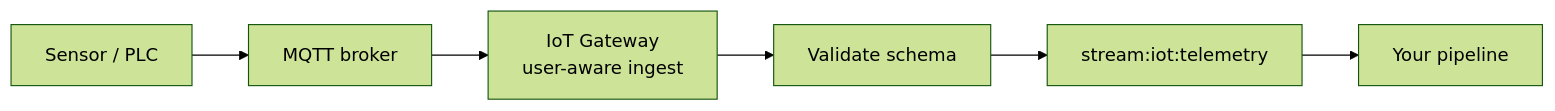
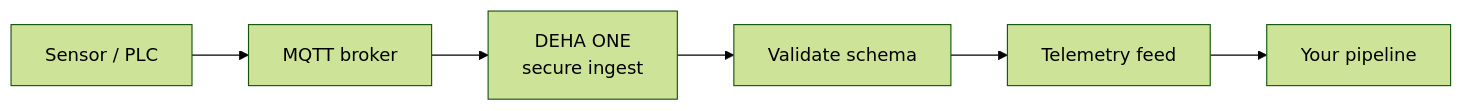
Before and after one commit to marmancakbay/mintlify-docs: the diagram in guides/connect-iot-device.mdx, drawn with Mermaid (forest theme). The commit also changed other lines of this file and 2065 other files, not shown here.

````diff
--- a/guides/connect-iot-device.mdx
+++ b/guides/connect-iot-device.mdx
@@ -14,8 +14,8 @@
 ```mermaid
 flowchart LR
     Sensor[Sensor / PLC] --> Broker[MQTT broker]
-    Broker --> Gateway[IoT Gateway<br/>user-aware ingest]
+    Broker --> Gateway[DEHA ONE<br/>secure ingest]
     Gateway --> Schema[Validate schema]
-    Schema --> Stream[stream:iot:telemetry]
+    Schema --> Stream[Telemetry feed]
     Stream --> Pipeline[Your pipeline]
 ```
````
